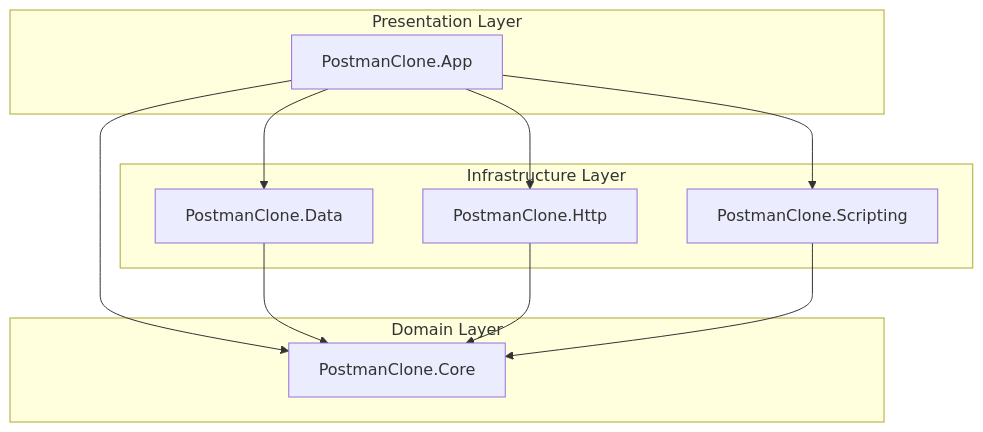
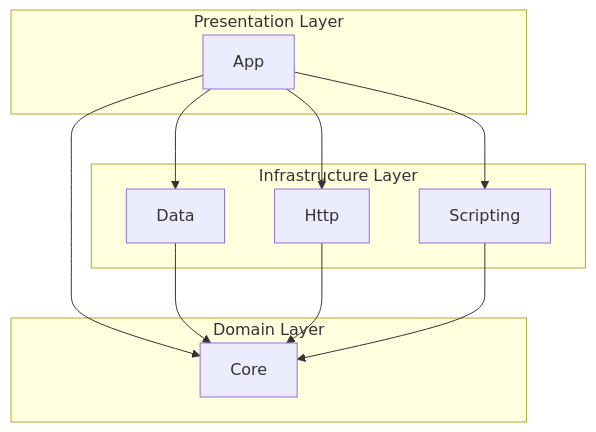
The first of 2 diagrams in README.MD (chris17453/api_rig), drawn with Mermaid before and after one commit. The commit also changed other lines of this file and 308 other files, not shown here.

````diff
--- a/README.MD
+++ b/README.MD
@@ -29,25 +29,25 @@
-```mermaid
+```mermaid 
 graph TD
-    App[PostmanClone.App] --> Core[PostmanClone.Core]
-    App --> Data[PostmanClone.Data]
-    App --> Http[PostmanClone.Http]
-    App --> Scripting[PostmanClone.Scripting]
+    App[App] --> Core[Core]
+    App --> Data[Data]
+    App --> Http[Http]
+    App --> Scripting[Scripting]
     
     Data --> Core
     Http --> Core
     Scripting --> Core
     
     subgraph "Domain Layer"
         Core
     end
     
     subgraph "Infrastructure Layer"
         Data
         Http
         Scripting
     end
     
     subgraph "Presentation Layer"
         App
     end
 ```
````
